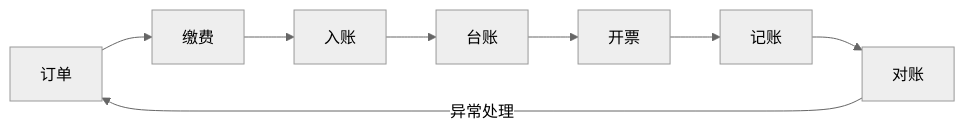
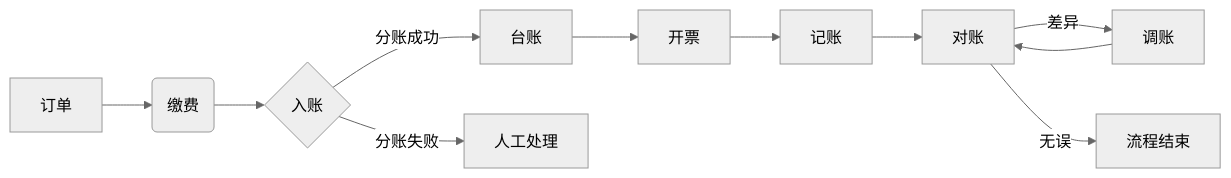
Before and after one commit to jetchencn/kb: the diagram in 02.学习/05.业务/综合缴费/05.订单——缴费——入帐——台账——开票——记账——对账.md, drawn with Mermaid (neutral theme). The commit also changed other lines of this file and 44 other files, not shown here.

````diff
--- a/02.学习/05.业务/综合缴费/05.订单——缴费——入帐——台账——开票——记账——对账.md
+++ b/02.学习/05.业务/综合缴费/05.订单——缴费——入帐——台账——开票——记账——对账.md
@@ -9,5 +133,9 @@
 ```mermaid
 graph LR
-A[订单] --> B[缴费] --> C[入账] --> D[台账] --> E[开票] --> F[记账] --> G[对账]
-G -->|异常处理| A
+  A[订单] --> B(缴费) --> C{入账}
+  C -->|分账成功| D[台账] 
+  C -->|分账失败| E[人工处理]
+  D --> F[开票] --> G[记账]
+  G --> H[对账] -->|差异| I[调账] --> H
+  H -->|无误| J[流程结束]
 ```
````
